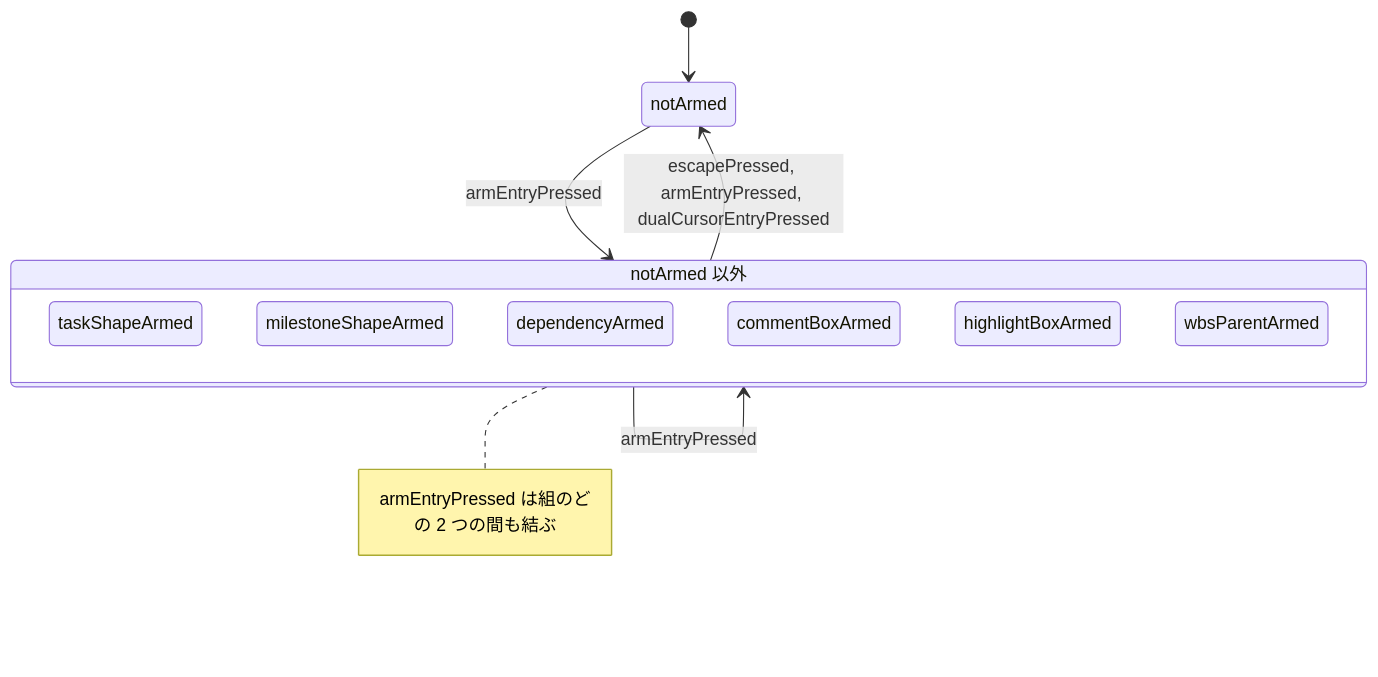
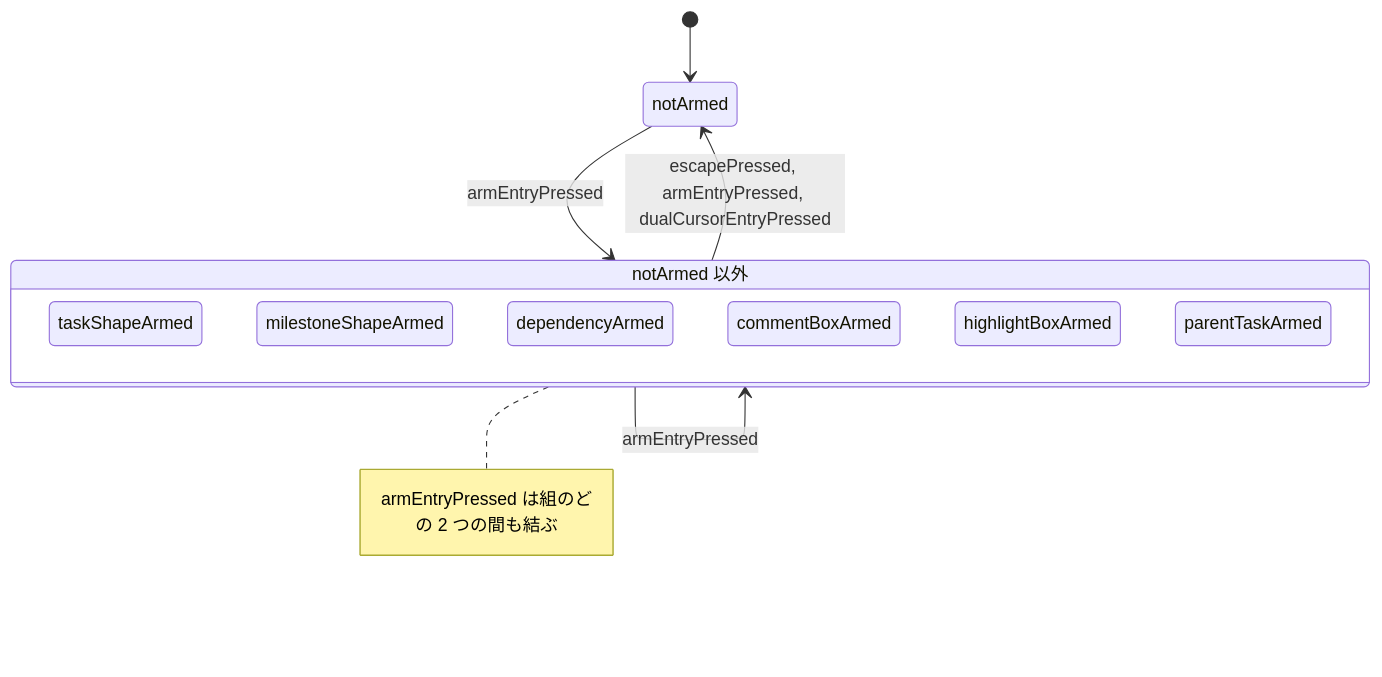
One commit to GoodRelax/gr-scheduler changed the first of 27 diagrams in docs/spec/_assets/tbl-state-machines.md. Above: the diagram before and after it, drawn with Mermaid. The commit also changed other lines of this file and 25 other files, not shown here.

````diff
--- a/docs/spec/_assets/tbl-state-machines.md
+++ b/docs/spec/_assets/tbl-state-machines.md
@@ -129,18 +129,18 @@
 ```mermaid
 stateDiagram-v2
     direction TB
     [*] --> armModeStateMachine_notArmed
     armModeStateMachine_notArmed : notArmed
     state "notArmed 以外" as armModeStateMachine_group {
         armModeStateMachine_taskShapeArmed : taskShapeArmed
         armModeStateMachine_milestoneShapeArmed : milestoneShapeArmed
         armModeStateMachine_dependencyArmed : dependencyArmed
         armModeStateMachine_commentBoxArmed : commentBoxArmed
         armModeStateMachine_highlightBoxArmed : highlightBoxArmed
-        armModeStateMachine_wbsParentArmed : wbsParentArmed
+        armModeStateMachine_parentTaskArmed : parentTaskArmed
     }
     note right of armModeStateMachine_group : armEntryPressed は組のどの 2 つの間も結ぶ
     armModeStateMachine_group --> armModeStateMachine_notArmed : escapePressed, armEntryPressed, dualCursorEntryPressed
     armModeStateMachine_notArmed --> armModeStateMachine_group : armEntryPressed
     armModeStateMachine_group --> armModeStateMachine_group : armEntryPressed
 ```
````
